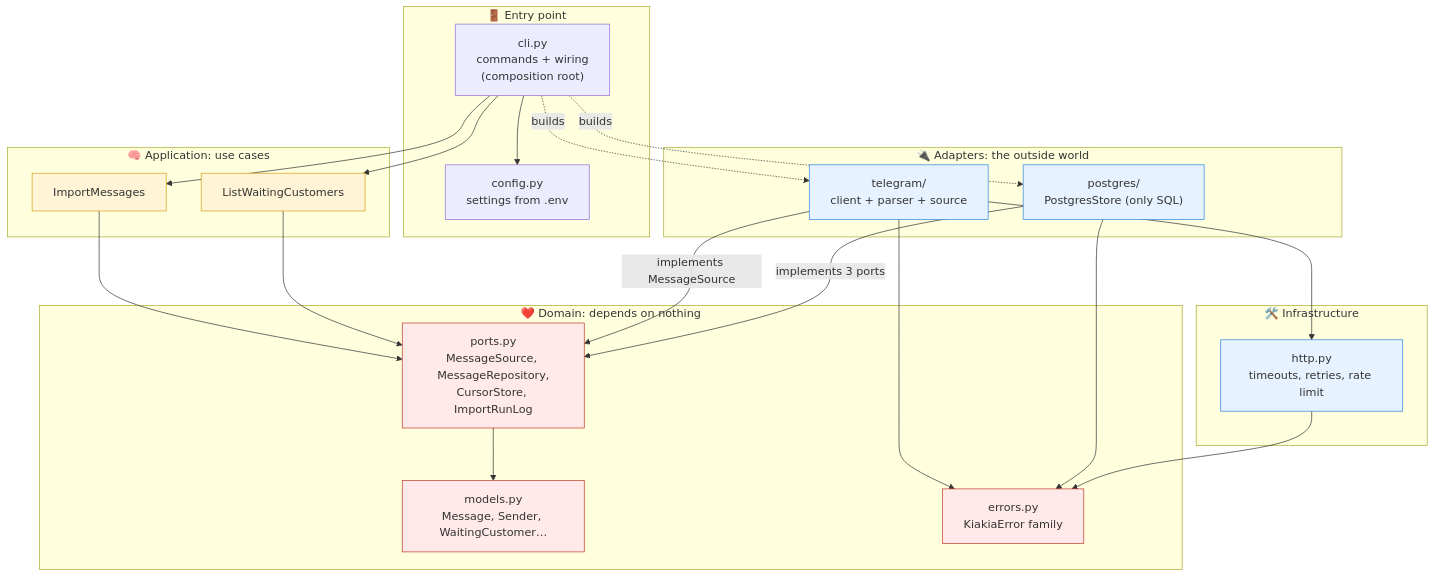
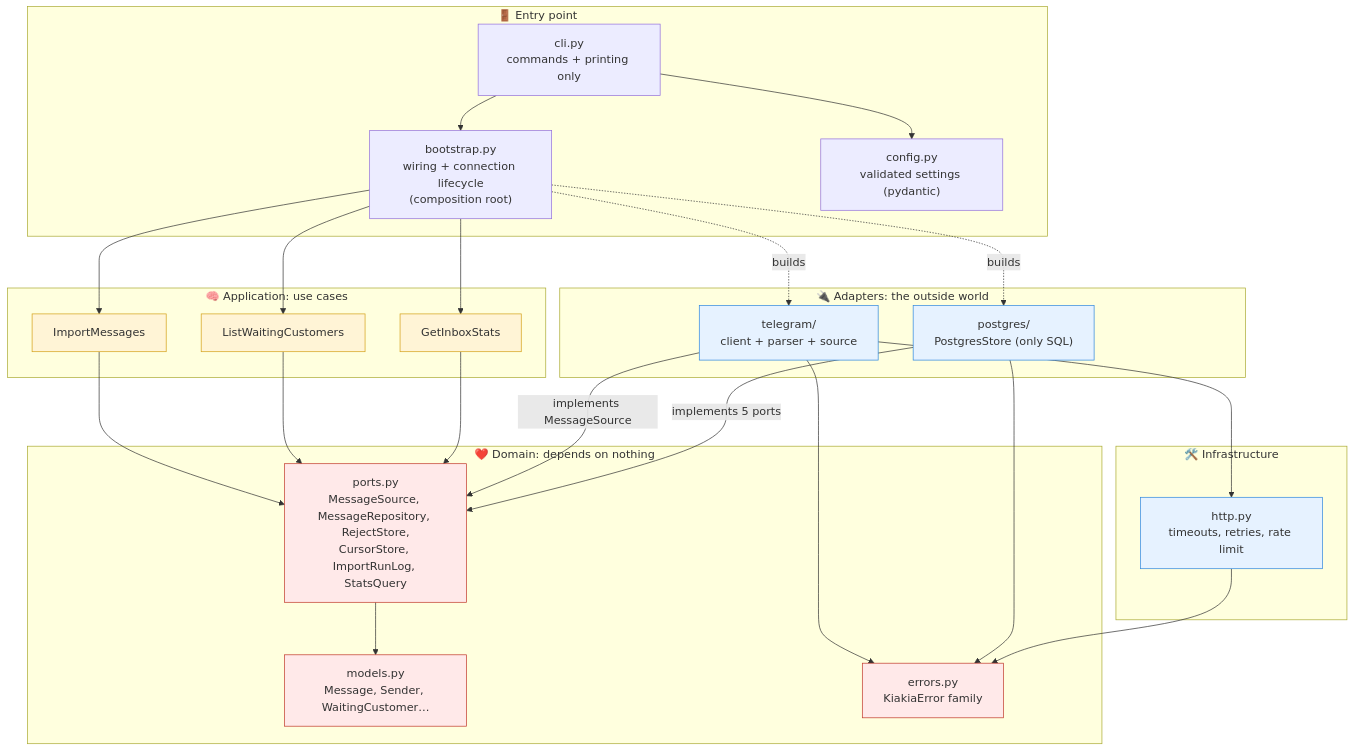
One commit to Ify-O/kiakia changed the second of 9 diagrams in docs/ARCHITECTURE.md. Above: the diagram before and after it, drawn with Mermaid. The commit also changed other lines of this file and 2 other files, not shown here.

First line of the commit message:
Update diagrams and docs for Sprint 2

````diff
--- a/docs/ARCHITECTURE.md
+++ b/docs/ARCHITECTURE.md
@@ -45,44 +45,47 @@
 ```mermaid
 flowchart TB
     subgraph ENTRY["🚪 Entry point"]
-        CLI["cli.py<br/>commands + wiring<br/>(composition root)"]
-        CFG["config.py<br/>settings from .env"]
+        CLI["cli.py<br/>commands + printing only"]
+        BOOT["bootstrap.py<br/>wiring + connection lifecycle<br/>(composition root)"]
+        CFG["config.py<br/>validated settings (pydantic)"]
     end
 
     subgraph APP["🧠 Application: use cases"]
         IMP["ImportMessages"]
         WAIT["ListWaitingCustomers"]
+        STATS["GetInboxStats"]
     end
 
     subgraph DOMAIN["❤️ Domain: depends on nothing"]
         MODELS["models.py<br/>Message, Sender, WaitingCustomer…"]
-        PORTS["ports.py<br/>MessageSource, MessageRepository,<br/>CursorStore, ImportRunLog"]
+        PORTS["ports.py<br/>MessageSource, MessageRepository, RejectStore,<br/>CursorStore, ImportRunLog, StatsQuery"]
         ERR["errors.py<br/>KiakiaError family"]
     end
 
     subgraph ADAPTERS["🔌 Adapters: the outside world"]
         TG["telegram/<br/>client + parser + source"]
         PG["postgres/<br/>PostgresStore (only SQL)"]
     end
 
     subgraph INFRA["🛠️ Infrastructure"]
         HTTP["http.py<br/>timeouts, retries, rate limit"]
     end
 
-    CLI --> IMP & WAIT
-    CLI -.->|builds| TG & PG
+    CLI --> BOOT
     CLI --> CFG
-    IMP & WAIT --> PORTS
+    BOOT --> IMP & WAIT & STATS
+    BOOT -.->|builds| TG & PG
+    IMP & WAIT & STATS --> PORTS
     PORTS --> MODELS
     TG -->|"implements MessageSource"| PORTS
-    PG -->|"implements 3 ports"| PORTS
+    PG -->|"implements 5 ports"| PORTS
     TG --> HTTP
     TG & PG & HTTP --> ERR
 
     classDef core fill:#ffe9e9,stroke:#c0392b;
     classDef app fill:#fff4d6,stroke:#d4a017;
     classDef adapter fill:#e6f2ff,stroke:#2e86de;
     class MODELS,PORTS,ERR core;
-    class IMP,WAIT app;
+    class IMP,WAIT,STATS app;
     class TG,PG,HTTP adapter;
 ```
````
